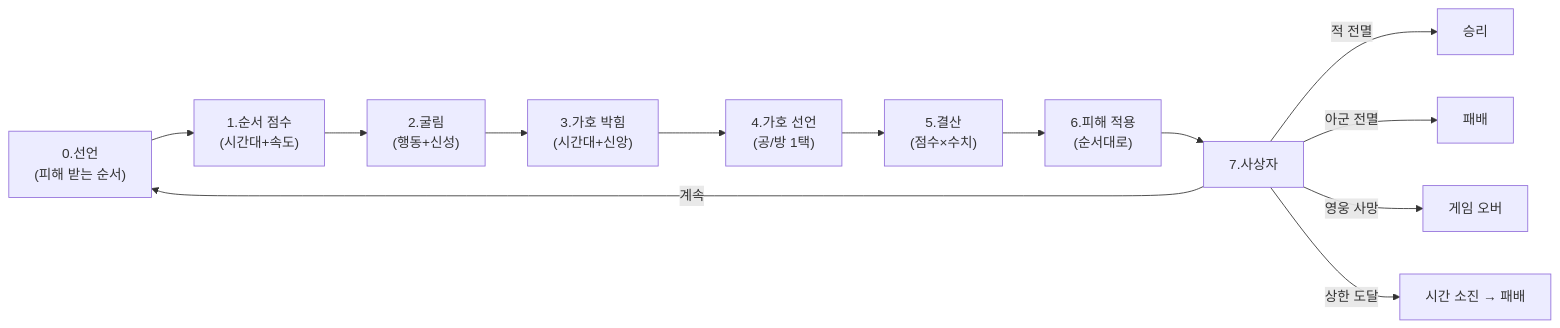
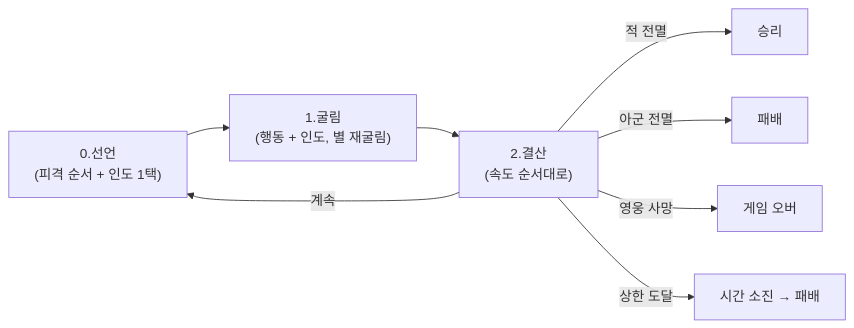
One commit to roam1215-beep/Chronicle-wiki changed the diagram in 02_전투/구조/전투구조.md. Above: the diagram before and after it, drawn with Mermaid. The commit also changed other lines of this file and 13 other files, not shown here.

````diff
--- a/02_전투/구조/전투구조.md
+++ b/02_전투/구조/전투구조.md
@@ -161,15 +234,10 @@
 ```mermaid
 flowchart LR
-    S0["0.선언<br>(피해 받는 순서)"] --> S1["1.순서 점수<br>(시간대+속도)"]
-    S1 --> S2["2.굴림<br>(행동+신성)"]
-    S2 --> S3["3.가호 박힘<br>(시간대+신앙)"]
-    S3 --> S4["4.가호 선언<br>(공/방 1택)"]
-    S4 --> S5["5.결산<br>(점수×수치)"]
-    S5 --> S6["6.피해 적용<br>(순서대로)"]
-    S6 --> S7["7.사상자"]
-    S7 -->|적 전멸| WIN["승리"]
-    S7 -->|아군 전멸| LOSE["패배"]
-    S7 -->|영웅 사망| GAMEOVER["게임 오버"]
-    S7 -->|상한 도달| TIMEOUT["시간 소진 → 패배"]
-    S7 -->|계속| S0
+    S0["0.선언<br>(피격 순서 + 인도 1택)"] --> S1["1.굴림<br>(행동 + 인도, 별 재굴림)"]
+    S1 --> S2["2.결산<br>(속도 순서대로)"]
+    S2 -->|적 전멸| WIN["승리"]
+    S2 -->|아군 전멸| LOSE["패배"]
+    S2 -->|영웅 사망| GAMEOVER["게임 오버"]
+    S2 -->|상한 도달| TIMEOUT["시간 소진 → 패배"]
+    S2 -->|계속| S0
 ```
````
